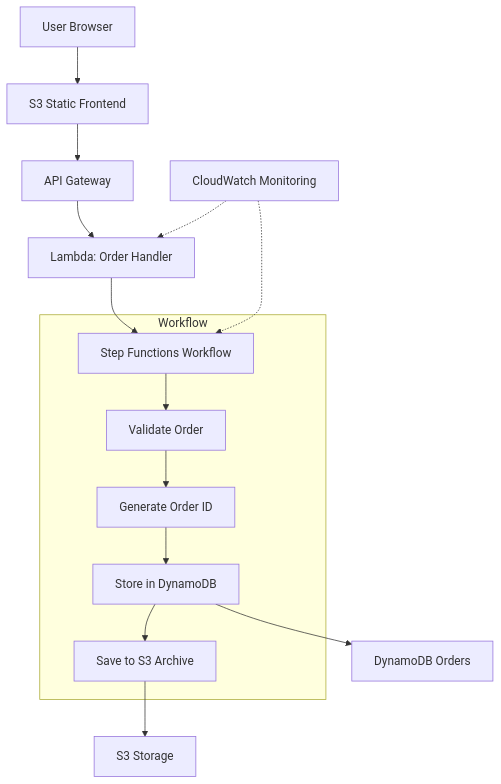
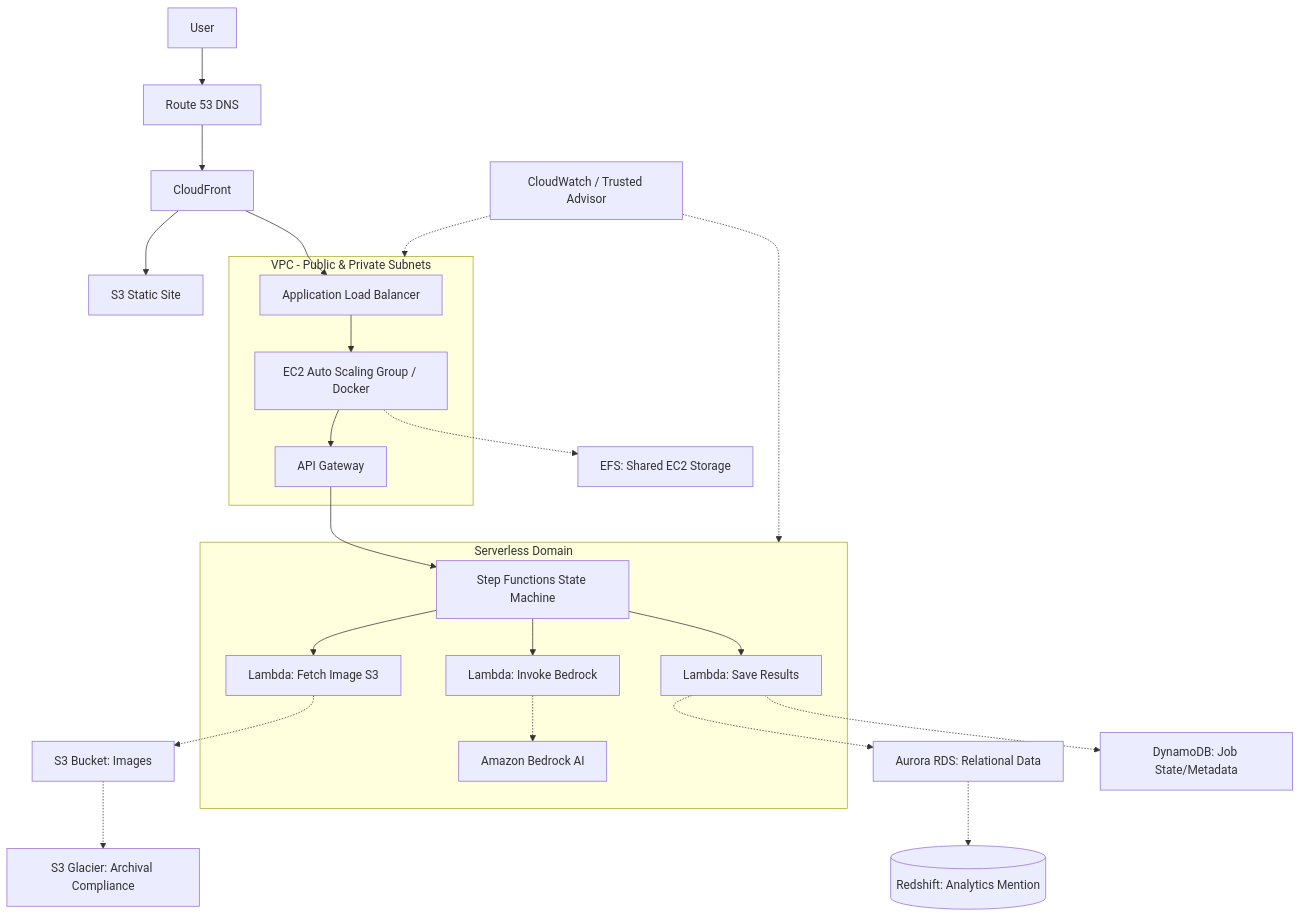
The diagram in README.md (drashti927/CMSC471), drawn with Mermaid before and after one commit. The commit also changed other lines of this file, not shown here.

````diff
--- a/README.md
+++ b/README.md
@@ -11,22 +11,37 @@
 ```mermaid
 graph TD
-    User[User Browser] --> S3[S3 Static Frontend]
-    S3 --> APIG[API Gateway]
+    %% Edge & Network
+    User[User] --> R53[Route 53 DNS]
+    R53 --> CF[CloudFront]
+    CF --> S3Web[S3 Static Site]
+    CF --> ALB[Application Load Balancer]
 
-    APIG --> L1[Lambda: Order Handler]
-
-    L1 --> SF[Step Functions Workflow]
-
-    subgraph Workflow
-        SF --> V1[Validate Order]
-        V1 --> V2[Generate Order ID]
-        V2 --> V3[Store in DynamoDB]
-        V3 --> V4[Save to S3 Archive]
+    %% Compute (Tier 2)
+    subgraph VPC [VPC - Public & Private Subnets]
+        ALB --> ASG[EC2 Auto Scaling Group / Docker]
+        ASG --> APIG[API Gateway]
     end
 
-    V3 --> DDB[DynamoDB Orders]
-    V4 --> S3Data[S3 Storage]
+    %% Orchestration & Serverless (Tier 3)
+    APIG --> SF[Step Functions State Machine]
+    subgraph Serverless [Serverless Domain]
+        SF --> L1[Lambda: Fetch Image S3]
+        SF --> L2[Lambda: Invoke Bedrock]
+        SF --> L3[Lambda: Save Results]
+        L2 -.-> Bedrock[Amazon Bedrock AI]
+    end
 
-    CW[CloudWatch Monitoring] -.-> SF
-    CW -.-> L1
+    %% Persistence (Tier 4)
+    L1 -.-> S3Store[S3 Bucket: Images]
+    S3Store -.-> Glacier[S3 Glacier: Archival Compliance]
+    L3 -.-> Aurora[Aurora RDS: Relational Data]
+    L3 -.-> DDB[DynamoDB: Job State/Metadata]
+    
+    %% Analytics & Storage concepts
+    Aurora -.-> Redshift[(Redshift: Analytics Mention)]
+    ASG -.-> EFS[EFS: Shared EC2 Storage]
+
+    %% Monitoring
+    CW[CloudWatch / Trusted Advisor] -.-> VPC
+    CW -.-> Serverless
 ```
````
